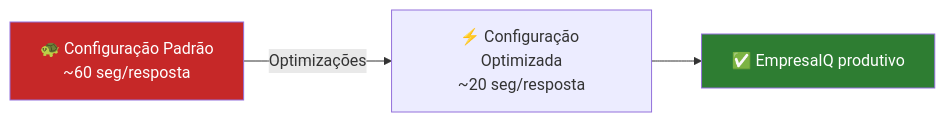
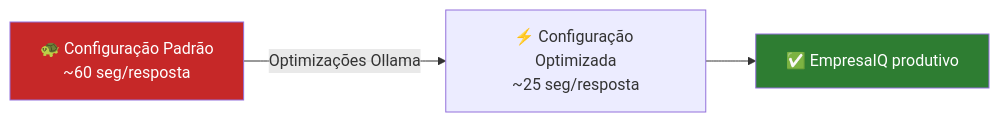
One commit to icpmtech/empresaiq-ebook changed the diagram in docs/12-optimizacoes-cpu.md. Above: the diagram before and after it, drawn with Mermaid. The commit also changed other lines of this file and 27 other files, not shown here.

````diff
--- a/docs/12-optimizacoes-cpu.md
+++ b/docs/12-optimizacoes-cpu.md
@@ -17,7 +17,7 @@
 ```mermaid
 graph LR
-    A["🐢 Configuração Padrão\n~60 seg/resposta"] -->|"Optimizações"| B["⚡ Configuração Optimizada\n~20 seg/resposta"]
+    A["🐢 Configuração Padrão\n~60 seg/resposta"] -->|"Optimizações Ollama"| B["⚡ Configuração Optimizada\n~25 seg/resposta"]
     B --> C["✅ EmpresaIQ produtivo"]
     style C fill:#2E7D32,color:#fff
     style A fill:#c62828,color:#fff
 ```
````
